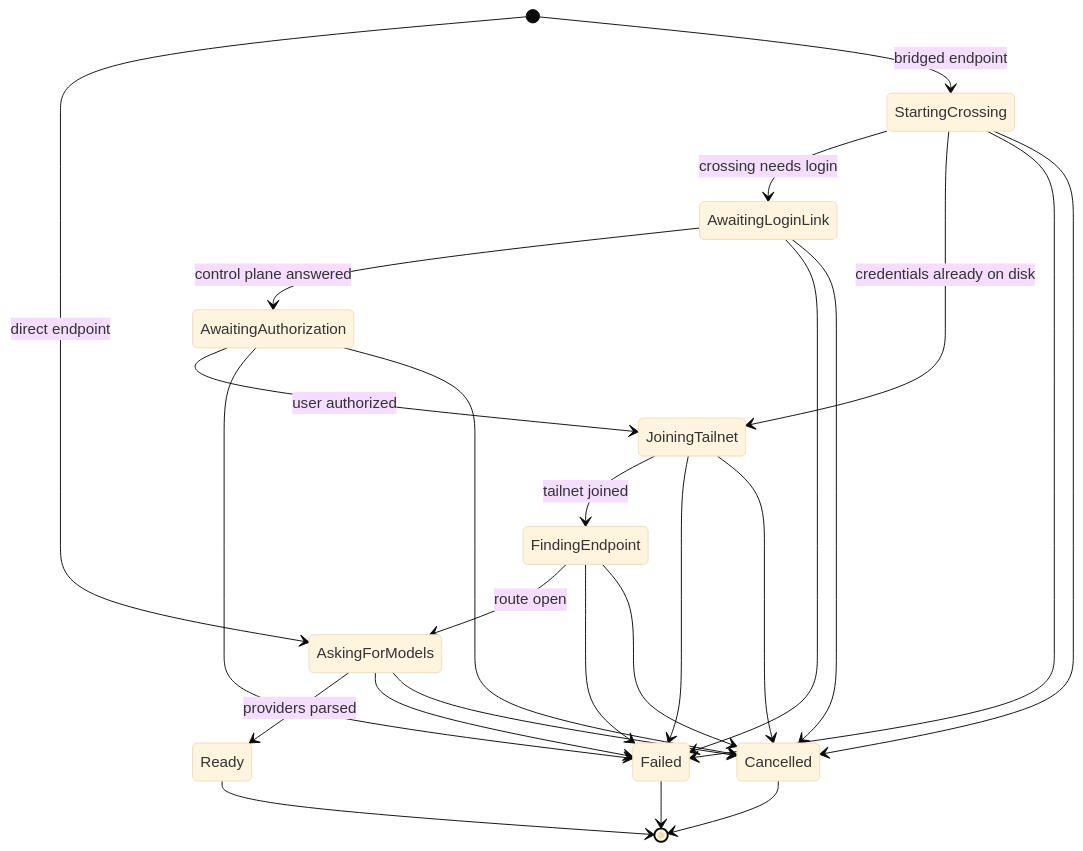
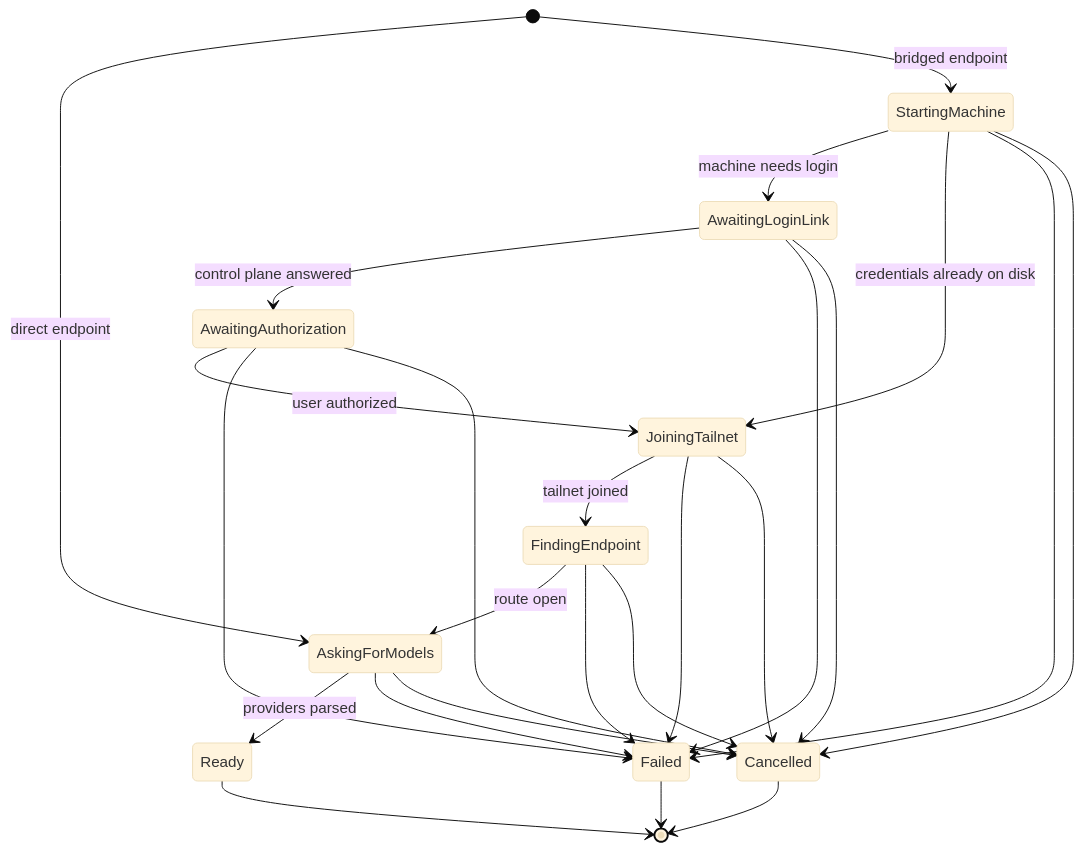
One commit to tailscale/aperture-cli changed the first of 4 diagrams in docs/specs/connection-domain-model.md. Above: the diagram before and after it, drawn with Mermaid (base theme). The commit also changed other lines of this file and 4 other files, not shown here.

````diff
--- a/docs/specs/connection-domain-model.md
+++ b/docs/specs/connection-domain-model.md
@@ -45,31 +45,31 @@
 ```mermaid
 stateDiagram-v2
     [*] --> AskingForModels: direct endpoint
-    [*] --> StartingCrossing: bridged endpoint
+    [*] --> StartingMachine: bridged endpoint
 
-    StartingCrossing --> AwaitingLoginLink: crossing needs login
-    StartingCrossing --> JoiningTailnet: credentials already on disk
+    StartingMachine --> AwaitingLoginLink: machine needs login
+    StartingMachine --> JoiningTailnet: credentials already on disk
     AwaitingLoginLink --> AwaitingAuthorization: control plane answered
     AwaitingAuthorization --> JoiningTailnet: user authorized
     JoiningTailnet --> FindingEndpoint: tailnet joined
     FindingEndpoint --> AskingForModels: route open
     AskingForModels --> Ready: providers parsed
 
-    StartingCrossing --> Failed
+    StartingMachine --> Failed
     AwaitingLoginLink --> Failed
     AwaitingAuthorization --> Failed
     JoiningTailnet --> Failed
     FindingEndpoint --> Failed
     AskingForModels --> Failed
 
-    StartingCrossing --> Cancelled
+    StartingMachine --> Cancelled
     AwaitingLoginLink --> Cancelled
     AwaitingAuthorization --> Cancelled
     JoiningTailnet --> Cancelled
     FindingEndpoint --> Cancelled
     AskingForModels --> Cancelled
 
     Ready --> [*]
     Failed --> [*]
     Cancelled --> [*]
 ```
````
